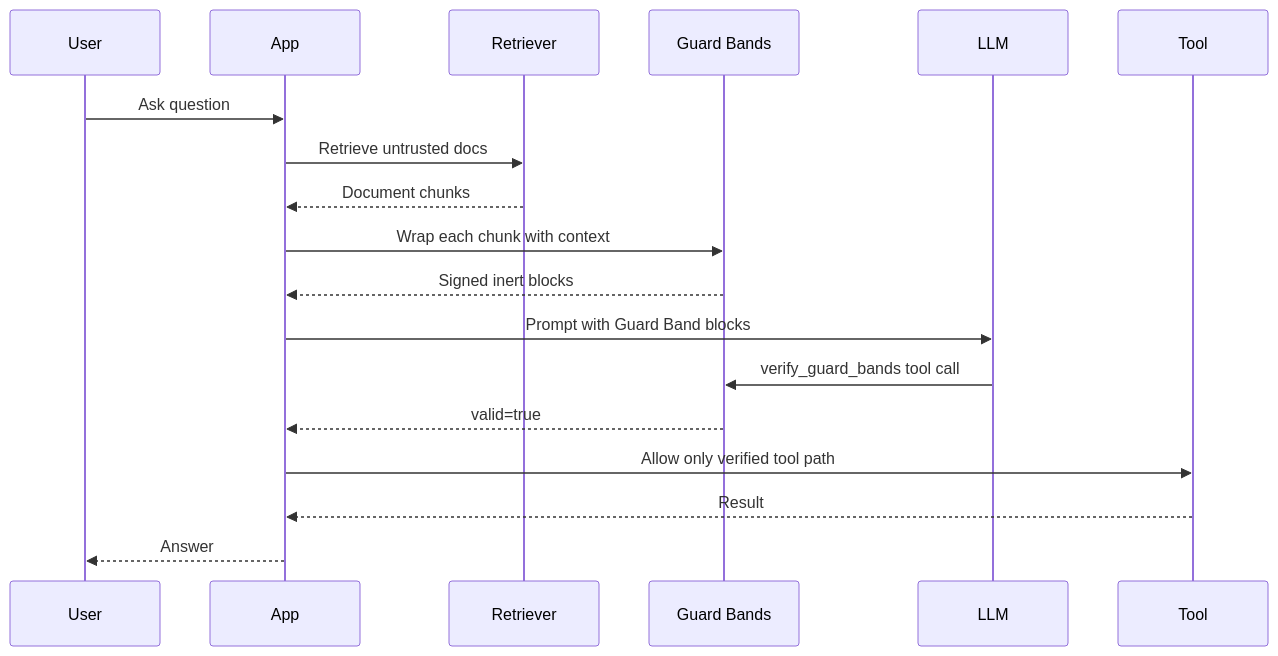
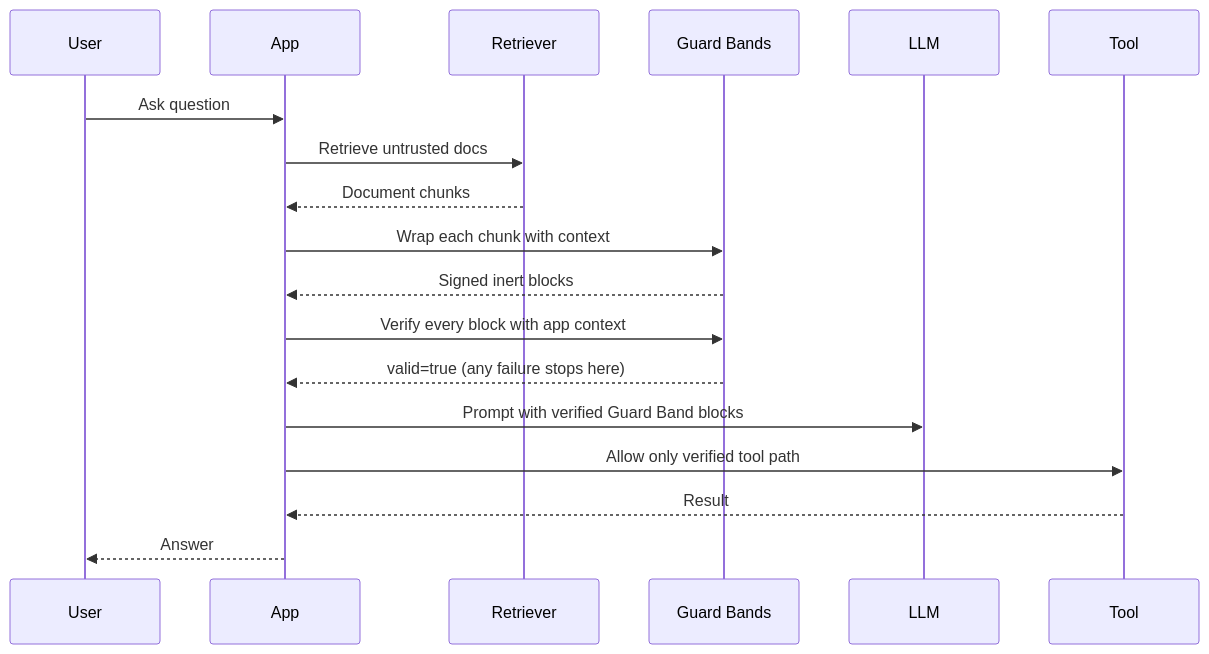
The diagram in docs/DEMO.md (Cryptix-Security/guard-bands-reference), drawn with Mermaid before and after one commit. The commit also changed other lines of this file and 5 other files, not shown here.

First line of the commit message:
Verify guard bands on the server before the first model call (#15)

````diff
--- a/docs/DEMO.md
+++ b/docs/DEMO.md
@@ -17,21 +17,21 @@
 ```mermaid
 sequenceDiagram
     participant U as User
     participant A as App
     participant R as Retriever
     participant G as Guard Bands
     participant M as LLM
     participant T as Tool
 
     U->>A: Ask question
     A->>R: Retrieve untrusted docs
     R-->>A: Document chunks
     A->>G: Wrap each chunk with context
     G-->>A: Signed inert blocks
-    A->>M: Prompt with Guard Band blocks
-    M->>G: verify_guard_bands tool call
-    G-->>A: valid=true
+    A->>G: Verify every block with app context
+    G-->>A: valid=true (any failure stops here)
+    A->>M: Prompt with verified Guard Band blocks
     A->>T: Allow only verified tool path
     T-->>A: Result
     A-->>U: Answer
 ```
````
